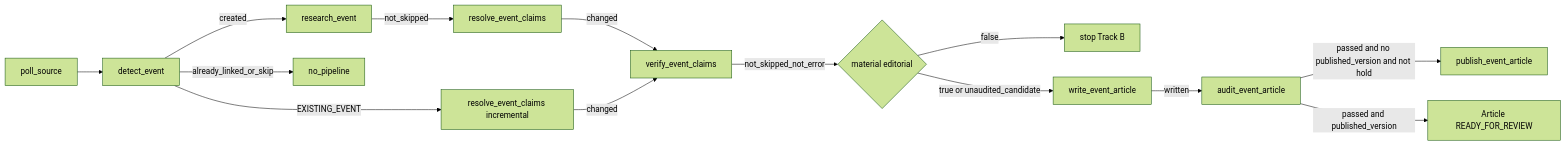
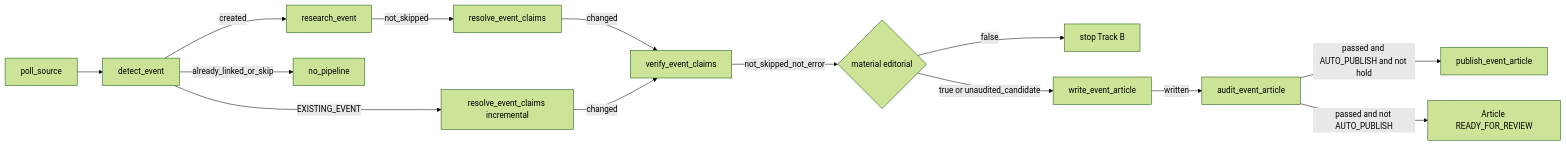
Before and after one commit to UrielPandolfi/diario-sin-linea: the diagram in docs/ai/pipeline.md, drawn with Mermaid (forest theme). The commit also changed other lines of this file and 36 other files, not shown here.

````diff
--- a/docs/ai/pipeline.md
+++ b/docs/ai/pipeline.md
@@ -5,16 +5,16 @@
 ```mermaid
 flowchart LR
   poll[poll_source] --> detect[detect_event]
   detect -->|created| research[research_event]
   detect -->|EXISTING_EVENT| claimsB[resolve_event_claims incremental]
   detect -->|already_linked_or_skip| stopDetect[no_pipeline]
   research -->|not_skipped| claims[resolve_event_claims]
   claims -->|changed| verify[verify_event_claims]
   claimsB -->|changed| verify
   verify -->|not_skipped_not_error| material{material editorial}
   material -->|false| stopB[stop Track B]
   material -->|true or unaudited_candidate| write[write_event_article]
   write -->|written| audit[audit_event_article]
-  audit -->|passed and no published_version and not hold| publish[publish_event_article]
-  audit -->|passed and published_version| review[Article READY_FOR_REVIEW]
+  audit -->|passed and AUTO_PUBLISH and not hold| publish[publish_event_article]
+  audit -->|passed and not AUTO_PUBLISH| review[Article READY_FOR_REVIEW]
 ```
````
